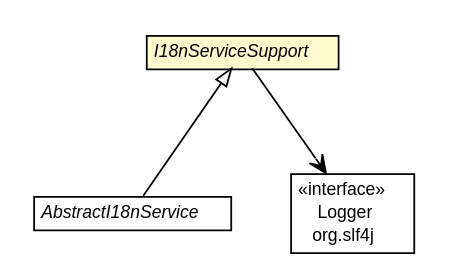
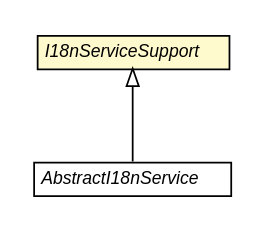
One commit to dayatang/dddlib changed the diagram in dddlib-i18n/apidocs/org/dayatang/i18n/impl/I18nServiceSupport.dot. Above: the diagram before and after it, drawn with Graphviz. The commit also changed 127 other files, not shown here.

```diff
--- a/dddlib-i18n/apidocs/org/dayatang/i18n/impl/I18nServiceSupport.dot
+++ b/dddlib-i18n/apidocs/org/dayatang/i18n/impl/I18nServiceSupport.dot
@@ -1,36 +1,26 @@
 #!/usr/local/bin/dot
 #
 # Class diagram 
 # Generated by UMLGraph version R5_6_6-8-g8d7759 (http://www.umlgraph.org/)
 #
 
 digraph G {
 	edge [fontname="Helvetica",fontsize=10,labelfontname="Helvetica",labelfontsize=10];
 	node [fontname="Helvetica",fontsize=10,shape=plaintext];
 	nodesep=0.25;
 	ranksep=0.5;
 	// org.dayatang.i18n.impl.I18nServiceSupport
-	c80 [label=<<table title="org.dayatang.i18n.impl.I18nServiceSupport" border="0" cellborder="1" cellspacing="0" cellpadding="2" port="p" bgcolor="lemonChiffon" href="./I18nServiceSupport.html">
+	c72 [label=<<table title="org.dayatang.i18n.impl.I18nServiceSupport" border="0" cellborder="1" cellspacing="0" cellpadding="2" port="p" bgcolor="lemonChiffon" href="./I18nServiceSupport.html">
 		<tr><td><table border="0" cellspacing="0" cellpadding="1">
 <tr><td align="center" balign="center"><font face="Helvetica-Oblique"> I18nServiceSupport </font></td></tr>
 		</table></td></tr>
 		</table>>, URL="./I18nServiceSupport.html", fontname="Helvetica", fontcolor="black", fontsize=10.0];
 	// org.dayatang.i18n.impl.AbstractI18nService
-	c81 [label=<<table title="org.dayatang.i18n.impl.AbstractI18nService" border="0" cellborder="1" cellspacing="0" cellpadding="2" port="p" href="./AbstractI18nService.html">
+	c73 [label=<<table title="org.dayatang.i18n.impl.AbstractI18nService" border="0" cellborder="1" cellspacing="0" cellpadding="2" port="p" href="./AbstractI18nService.html">
 		<tr><td><table border="0" cellspacing="0" cellpadding="1">
 <tr><td align="center" balign="center"><font face="Helvetica-Oblique"> AbstractI18nService </font></td></tr>
 		</table></td></tr>
 		</table>>, URL="./AbstractI18nService.html", fontname="Helvetica", fontcolor="black", fontsize=10.0];
 	//org.dayatang.i18n.impl.AbstractI18nService extends org.dayatang.i18n.impl.I18nServiceSupport
-	c80:p -> c81:p [dir=back,arrowtail=empty];
-	// org.dayatang.i18n.impl.I18nServiceSupport NAVASSOC org.slf4j.Logger
-	c80:p -> c83:p [taillabel="", label=" "headlabel="", fontname="Helvetica", fontcolor="black", fontsize=10.0, color="black", arrowhead=open];
-	// org.slf4j.Logger
-	c83 [label=<<table title="org.slf4j.Logger" border="0" cellborder="1" cellspacing="0" cellpadding="2" port="p" href="http://java.sun.com/j2se/1.4.2/docs/api/org/slf4j/Logger.html">
-		<tr><td><table border="0" cellspacing="0" cellpadding="1">
-<tr><td align="center" balign="center"> &#171;interface&#187; </td></tr>
-<tr><td align="center" balign="center"> Logger </td></tr>
-<tr><td align="center" balign="center"> org.slf4j </td></tr>
-		</table></td></tr>
-		</table>>, URL="http://java.sun.com/j2se/1.4.2/docs/api/org/slf4j/Logger.html", fontname="Helvetica", fontcolor="black", fontsize=10.0];
+	c72:p -> c73:p [dir=back,arrowtail=empty];
 }
```
